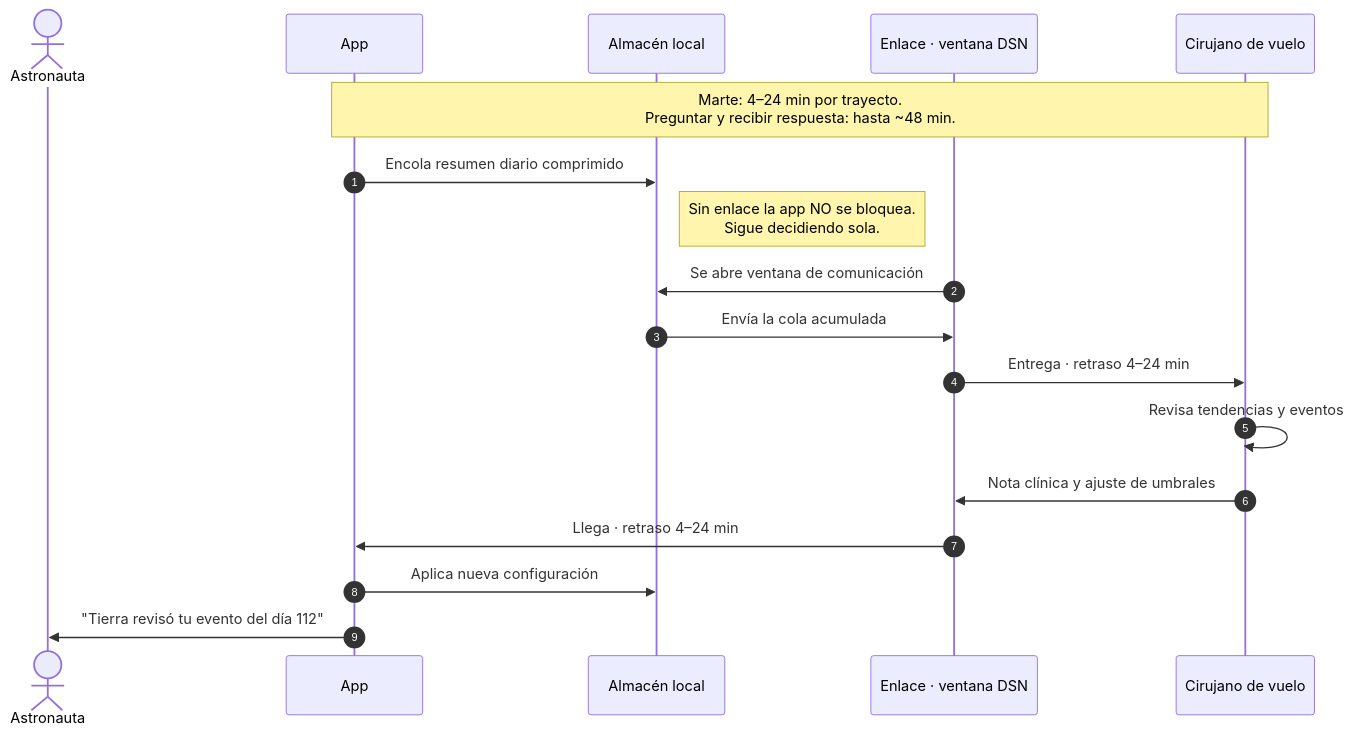
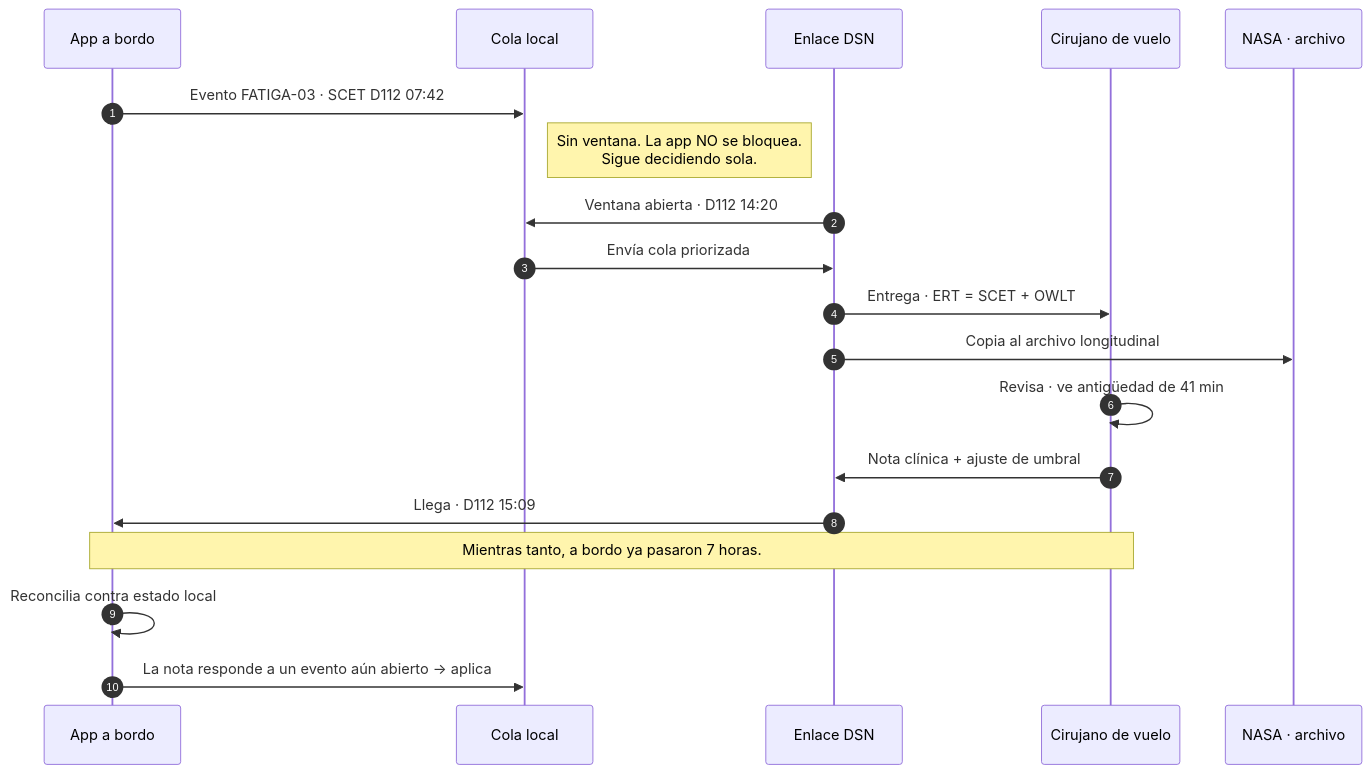
Before and after one commit to DinDevJ/hackatonNASA: the fourth of 4 diagrams in docs/comportamiento-del-software.md, drawn with Mermaid. The commit also changed other lines of this file, not shown here.

First line of the commit message:
docs: CMO a bordo, segmento de tierra y modelo de tiempos SCET/ERT

````diff
--- a/docs/comportamiento-del-software.md
+++ b/docs/comportamiento-del-software.md
@@ -113,23 +244,25 @@
 ```mermaid
 sequenceDiagram
     autonumber
-    actor A as Astronauta
-    participant APP as App
-    participant DB as Almacén local
-    participant L as Enlace · ventana DSN
+    participant APP as App a bordo
+    participant DB as Cola local
+    participant L as Enlace DSN
     participant T as Cirujano de vuelo
+    participant N as NASA · archivo
 
-    Note over APP,T: Marte: 4–24 min por trayecto.<br/>Preguntar y recibir respuesta: hasta ~48 min.
+    APP->>DB: Evento FATIGA-03 · SCET D112 07:42
+    Note right of DB: Sin ventana. La app NO se bloquea.<br/>Sigue decidiendo sola.
 
-    APP->>DB: Encola resumen diario comprimido
-    Note right of DB: Sin enlace la app NO se bloquea.<br/>Sigue decidiendo sola.
+    L->>DB: Ventana abierta · D112 14:20
+    DB->>L: Envía cola priorizada
+    L->>T: Entrega · ERT = SCET + OWLT
+    L->>N: Copia al archivo longitudinal
+    T->>T: Revisa · ve antigüedad de 41 min
+    T->>L: Nota clínica + ajuste de umbral
+    L->>APP: Llega · D112 15:09
 
-    L->>DB: Se abre ventana de comunicación
-    DB->>L: Envía la cola acumulada
-    L->>T: Entrega · retraso 4–24 min
-    T->>T: Revisa tendencias y eventos
-    T->>L: Nota clínica y ajuste de umbrales
-    L->>APP: Llega · retraso 4–24 min
-    APP->>DB: Aplica nueva configuración
-    APP->>A: "Tierra revisó tu evento del día 112"
+    Note over APP,T: Mientras tanto, a bordo ya pasaron 7 horas.
+
+    APP->>APP: Reconcilia contra estado local
+    APP->>DB: La nota responde a un evento aún abierto → aplica
 ```
````
